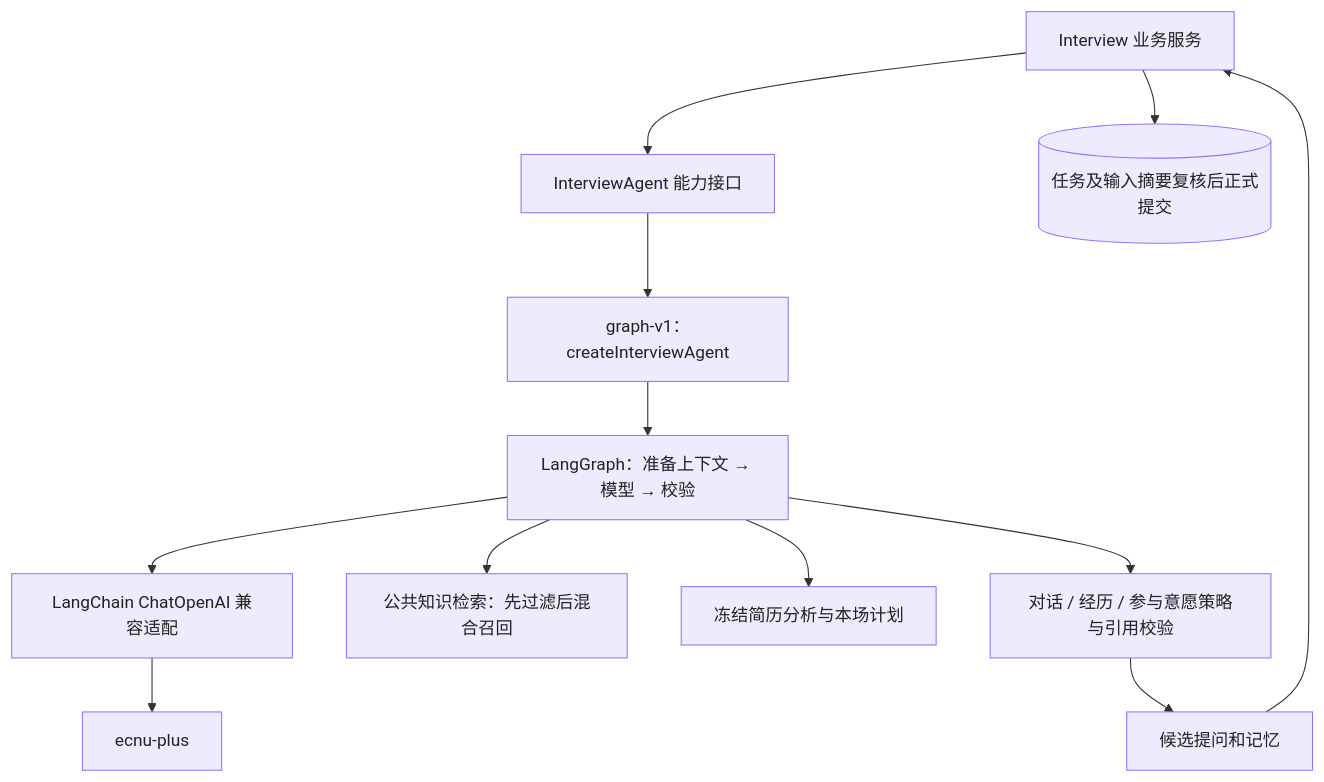
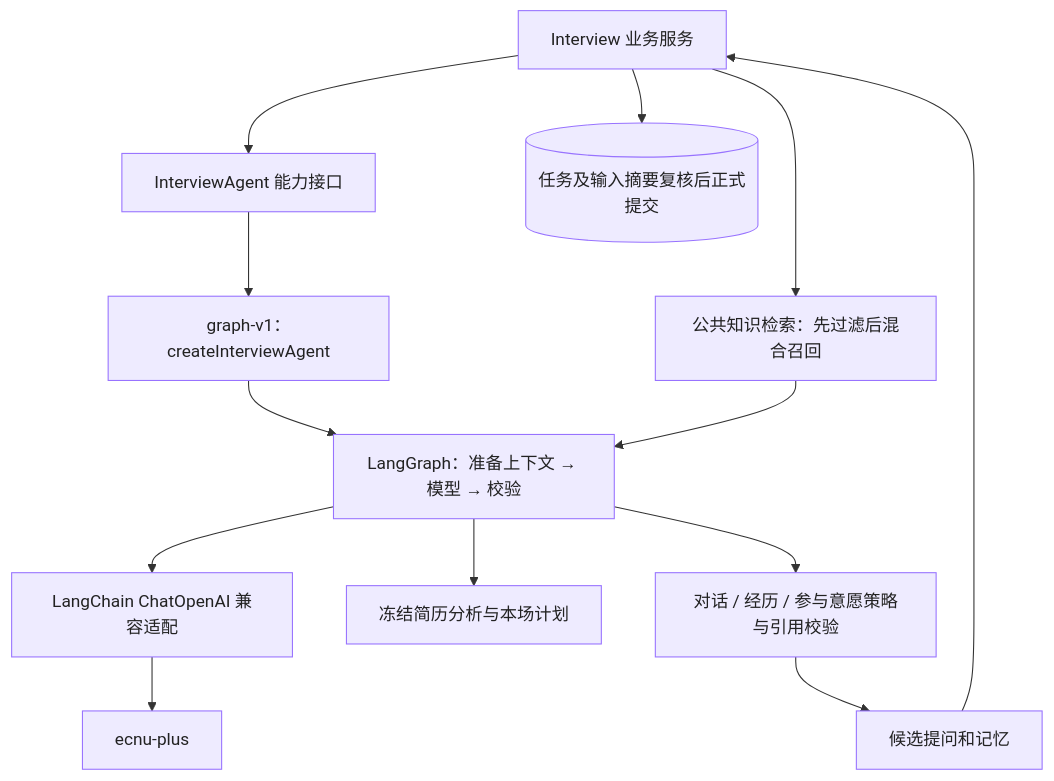
The second of 9 diagrams in docs/software/interview-agent-implementation.md (hcxlwxlwj/InterviewLab), drawn with Mermaid before and after one commit. The commit also changed other lines of this file and 1 other file, not shown here.

Commit message:
docs: expand interview agent architecture and engineering review

````diff
--- a/docs/software/interview-agent-implementation.md
+++ b/docs/software/interview-agent-implementation.md
@@ -38,15 +235,16 @@
 ```mermaid
 flowchart TB
   S[Interview 业务服务] --> I[InterviewAgent 能力接口]
   I --> N[graph-v1：createInterviewAgent]
   N --> G[LangGraph：准备上下文 → 模型 → 校验]
   G --> C[LangChain ChatOpenAI 兼容适配]
   C --> M[ecnu-plus]
-  G --> K[公共知识检索：先过滤后混合召回]
+  S --> K[公共知识检索：先过滤后混合召回]
+  K --> G
   G --> R[冻结简历分析与本场计划]
   G --> P[对话 / 经历 / 参与意愿策略与引用校验]
   P --> B[候选提问和记忆]
   B --> S
   S --> D[(任务及输入摘要复核后正式提交)]
   classDef default fill:#eeebff,stroke:#9873ff,color:#222;
 ```
````
